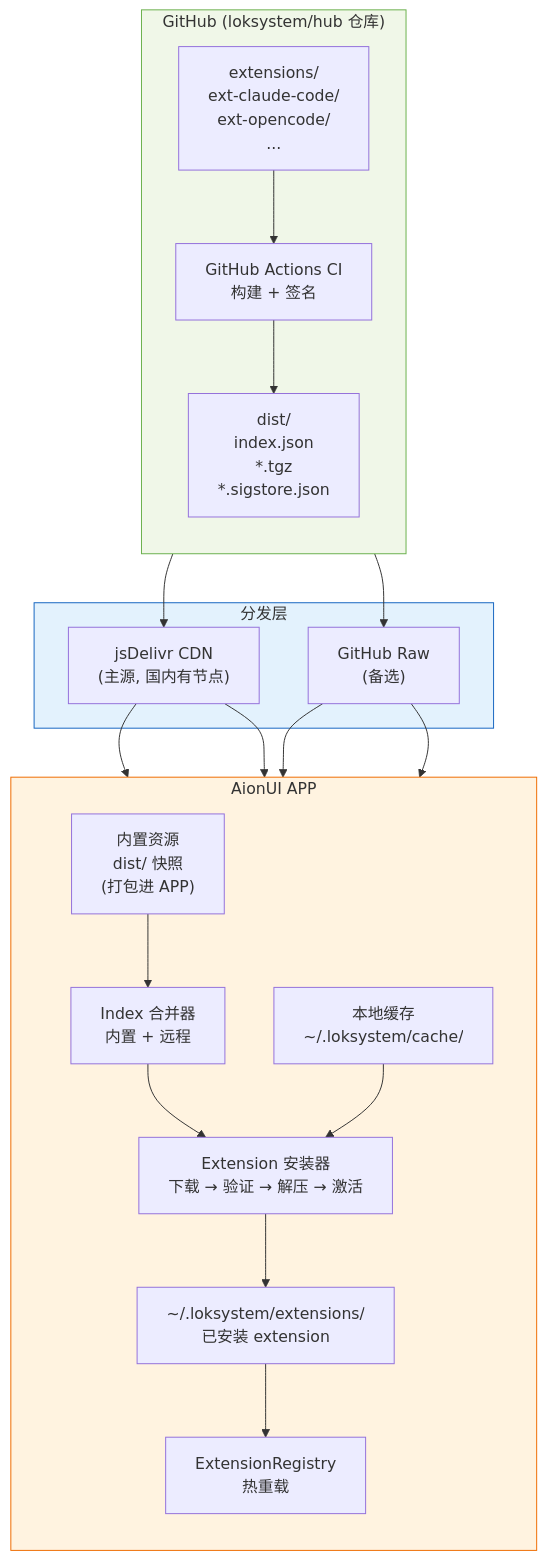
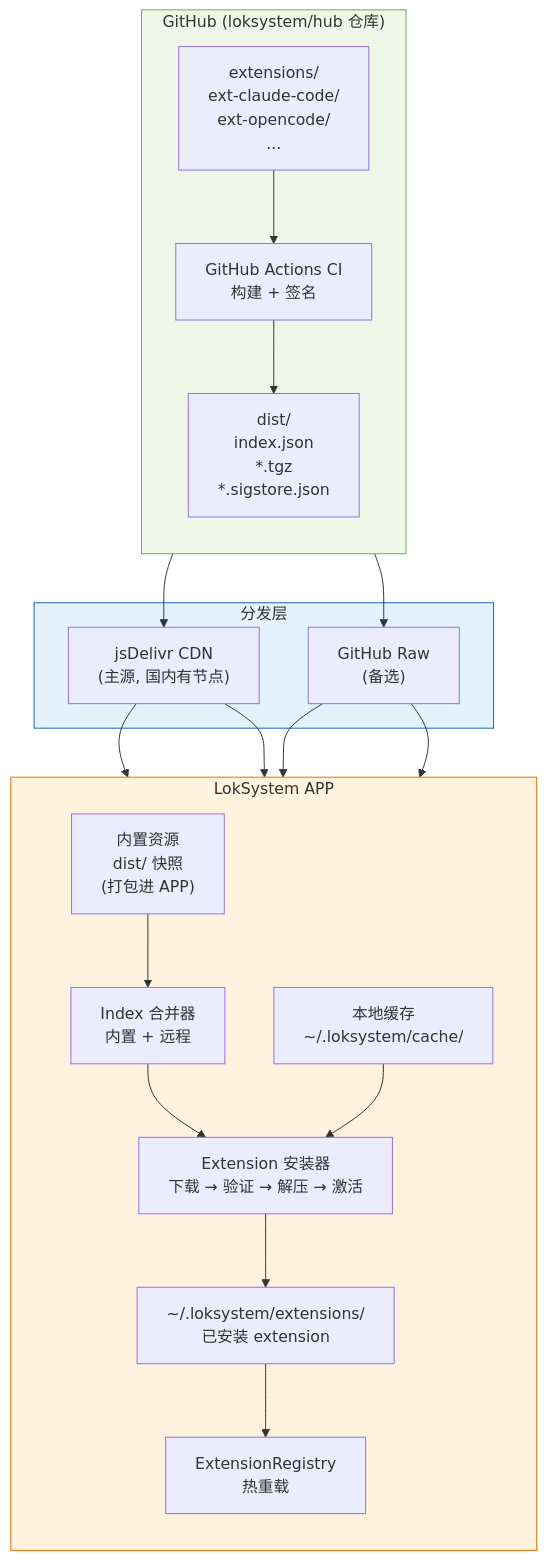
The diagram in docs/specs/extension-market/research/distribution-pipeline.md (Lok447/loksystem), drawn with Mermaid before and after one commit. The commit also changed other lines of this file and 71 other files, not shown here.

````diff
--- a/docs/specs/extension-market/research/distribution-pipeline.md
+++ b/docs/specs/extension-market/research/distribution-pipeline.md
@@ -584,42 +584,42 @@
 ```mermaid
 flowchart TD
   subgraph GitHub["GitHub (loksystem/hub 仓库)"]
     direction TB
     ExtDirs["extensions/\next-claude-code/\next-opencode/\n..."]
     CI["GitHub Actions CI\n构建 + 签名"]
     Dist["dist/\nindex.json\n*.tgz\n*.sigstore.json"]
     ExtDirs --> CI --> Dist
   end
 
   subgraph CDN["分发层"]
     jsDelivr["jsDelivr CDN\n(主源, 国内有节点)"]
     GitHubRaw["GitHub Raw\n(备选)"]
   end
 
-  subgraph App["AionUI APP"]
+  subgraph App["LokSystem APP"]
     direction TB
     Bundled["内置资源\ndist/ 快照\n(打包进 APP)"]
     IndexMerge["Index 合并器\n内置 + 远程"]
     Cache["本地缓存\n~/.loksystem/cache/"]
     Installer["Extension 安装器\n下载 → 验证 → 解压 → 激活"]
     ExtDir["~/.loksystem/extensions/\n已安装 extension"]
     Registry["ExtensionRegistry\n热重载"]
 
     Bundled --> IndexMerge
     IndexMerge --> Installer
     Cache --> Installer
     Installer --> ExtDir
     ExtDir --> Registry
   end
 
   Dist --> jsDelivr
   Dist --> GitHubRaw
   jsDelivr --> IndexMerge
   GitHubRaw --> IndexMerge
   jsDelivr --> Installer
   GitHubRaw --> Installer
 
   style GitHub fill:#f0f7e8,stroke:#6ab04c
   style CDN fill:#e3f2fd,stroke:#1565c0
   style App fill:#fff3e0,stroke:#ef6c00
 ```
````
